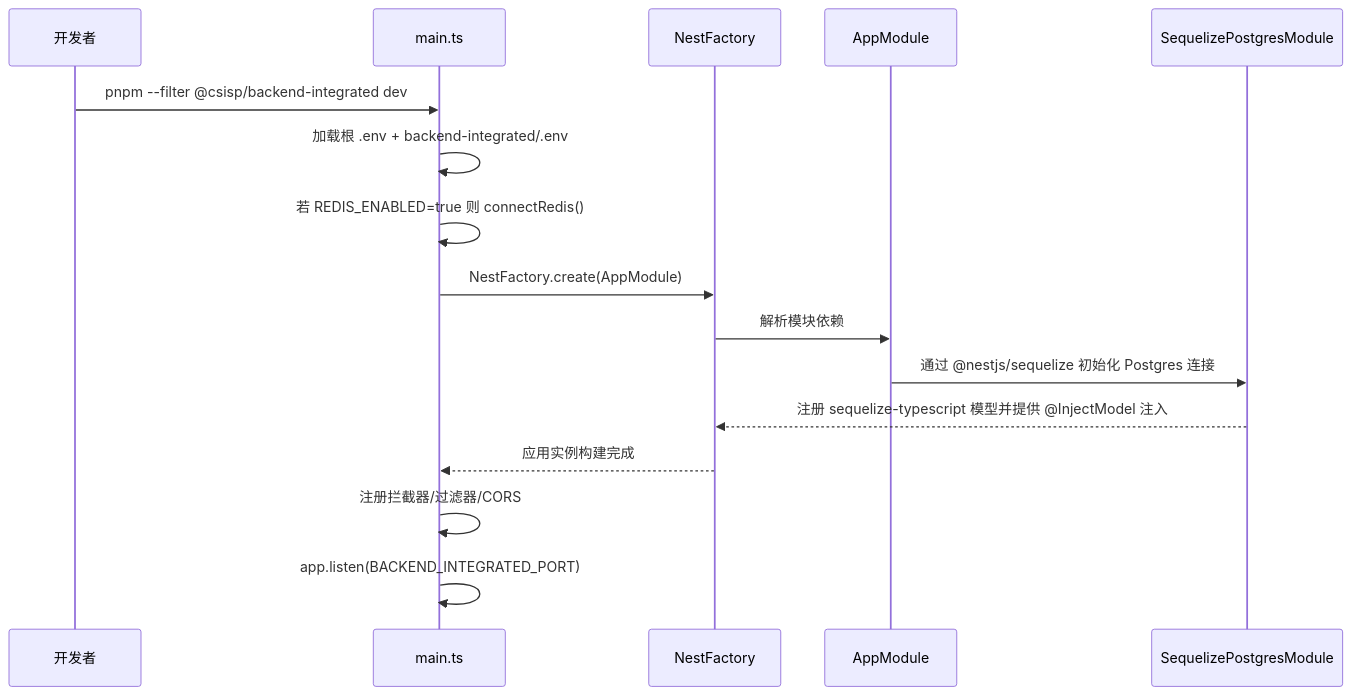
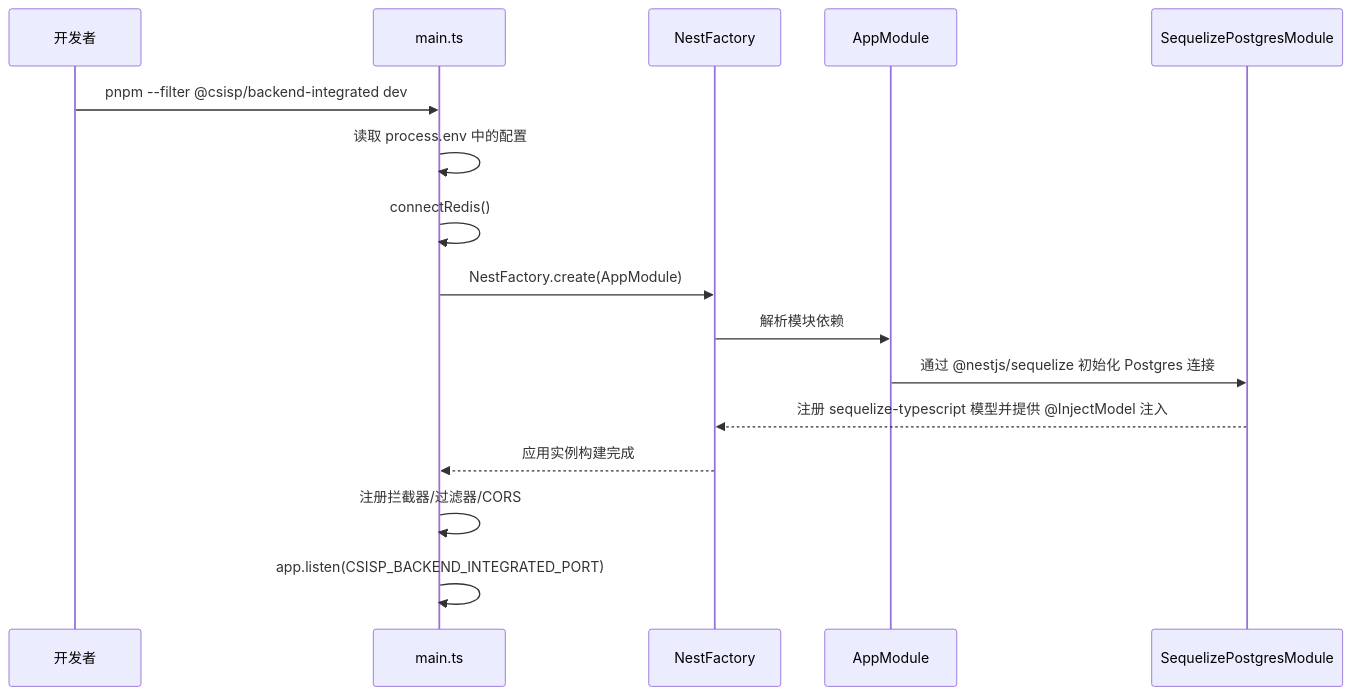
The second of 4 diagrams in docs-refer/backend/backend-integrated 后端设计文档.md (LZStarV/CSISP), drawn with Mermaid before and after one commit. The commit also changed other lines of this file and 62 other files, not shown here.

````diff
--- a/docs-refer/backend/backend-integrated 后端设计文档.md
+++ b/docs-refer/backend/backend-integrated 后端设计文档.md
@@ -128,19 +128,19 @@
 ```mermaid
 sequenceDiagram
   participant Dev as 开发者
   participant Main as main.ts
   participant Nest as NestFactory
   participant AppMod as AppModule
   participant PGMod as SequelizePostgresModule
 
   Dev->>Main: pnpm --filter @csisp/backend-integrated dev
-  Main->>Main: 加载根 .env + backend-integrated/.env
-  Main->>Main: 若 REDIS_ENABLED=true 则 connectRedis()
+  Main->>Main: 读取 process.env 中的配置
+  Main->>Main: connectRedis()
   Main->>Nest: NestFactory.create(AppModule)
   Nest->>AppMod: 解析模块依赖
   AppMod->>PGMod: 通过 @nestjs/sequelize 初始化 Postgres 连接
   PGMod-->>Nest: 注册 sequelize-typescript 模型并提供 @InjectModel 注入
   Nest-->>Main: 应用实例构建完成
   Main->>Main: 注册拦截器/过滤器/CORS
-  Main->>Main: app.listen(BACKEND_INTEGRATED_PORT)
+  Main->>Main: app.listen(CSISP_BACKEND_INTEGRATED_PORT)
 ```
````
